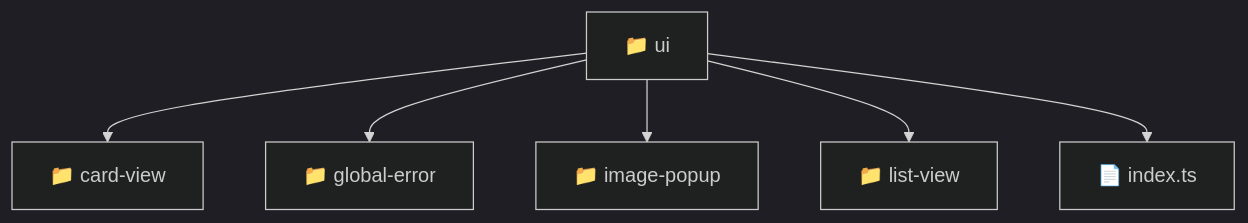
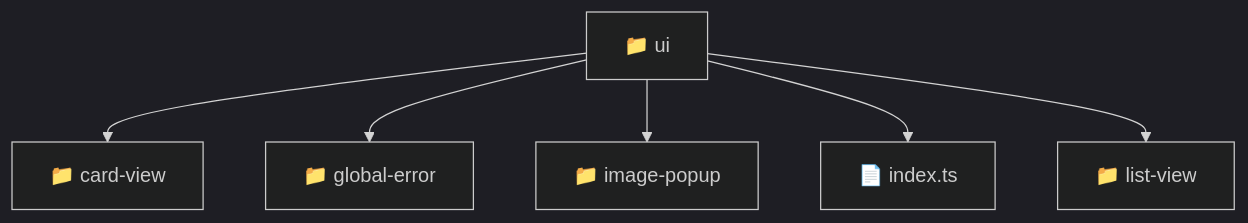
Before and after one commit to beginwebdev2002/fullstack-mavluda: the diagram in frontend/src/shared/ui/README.md, drawn with Mermaid (dark theme). The commit also changed other lines of this file and 164 other files, not shown here.

First line of the commit message:
docs: generate comprehensive architectural READMEs recursively

````diff
--- a/frontend/src/shared/ui/README.md
+++ b/frontend/src/shared/ui/README.md
@@ -11,9 +11,9 @@
 ```mermaid
 graph TD
-  Root["📁 ui"]
-  Root --> card-view["📁 card-view"]
-  Root --> global-error["📁 global-error"]
-  Root --> image-popup["📁 image-popup"]
-  Root --> list-view["📁 list-view"]
-  Root --> index_ts["📄 index.ts"]
+  Root_ui["📁 ui"]
+  Root_ui --> d_card_view["📁 card-view"]
+  Root_ui --> d_global_error["📁 global-error"]
+  Root_ui --> d_image_popup["📁 image-popup"]
+  Root_ui --> f_index_ts["📄 index.ts"]
+  Root_ui --> d_list_view["📁 list-view"]
 ```
````
